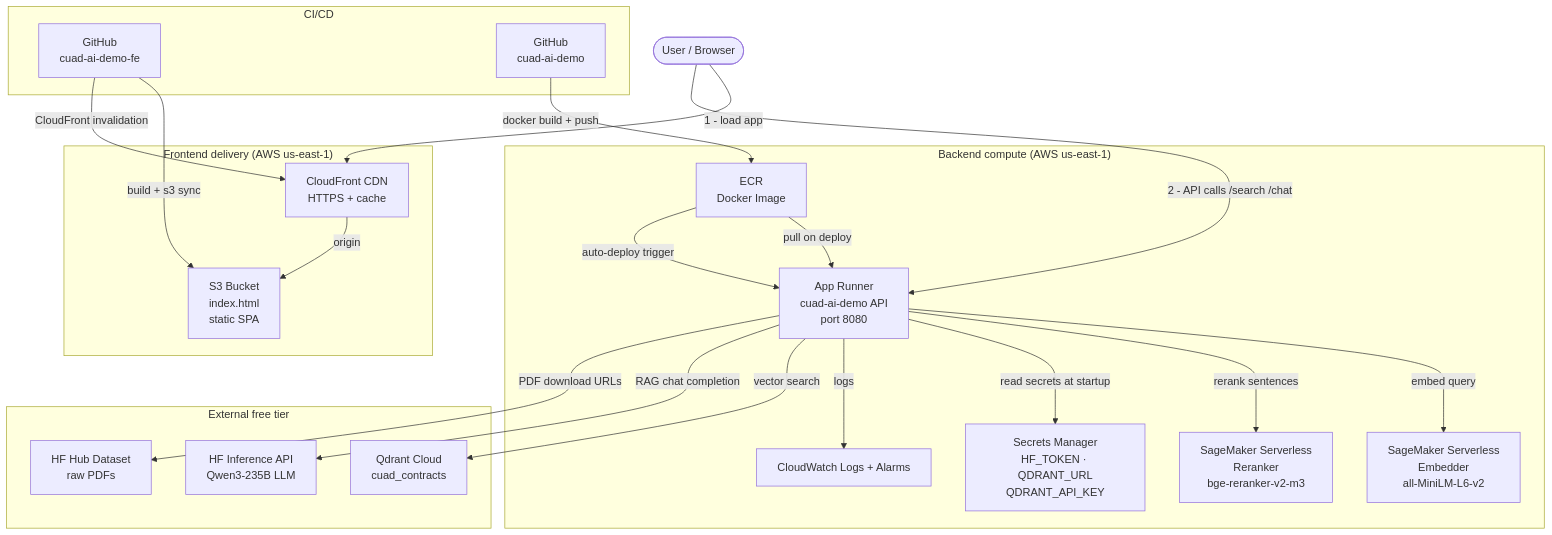
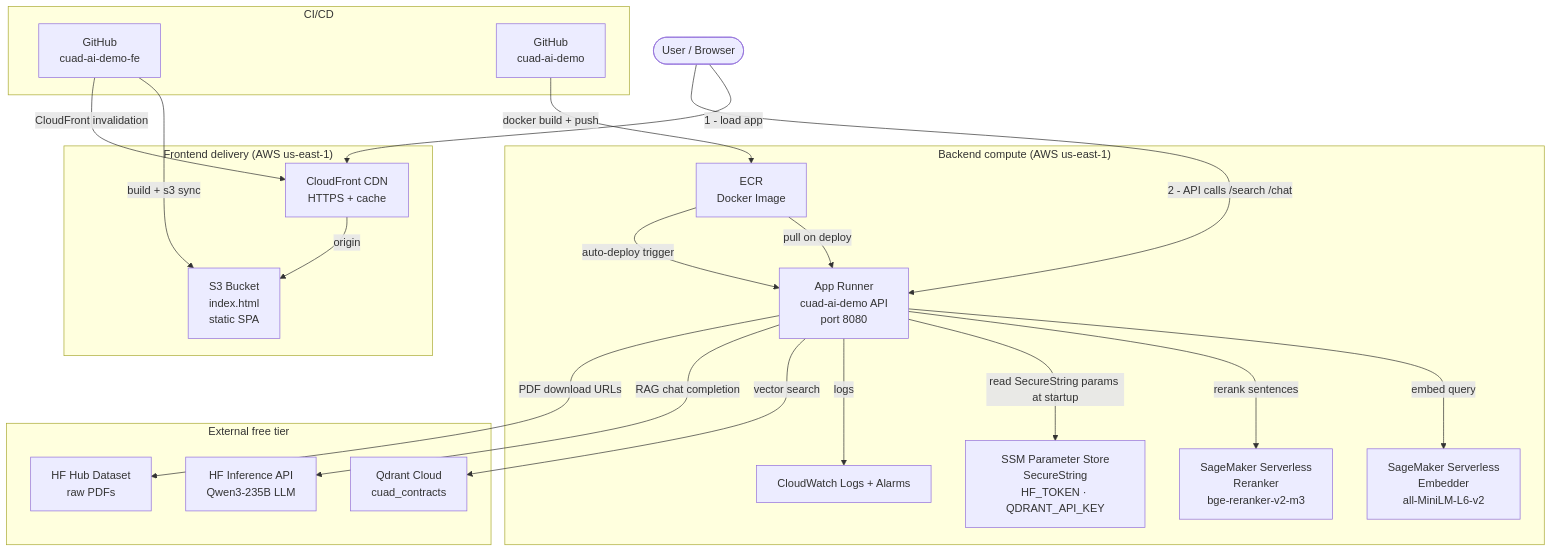
One commit to duaridhi/open_search_tuning changed the diagram in readme_docs/AWS_DEPLOYMENT_PLAN.md. Above: the diagram before and after it, drawn with Mermaid. The commit also changed other lines of this file and 1 other file, not shown here.

First line of the commit message:
Add test-runner agent + switch deployment plan to SSM Parameter Store

````diff
--- a/readme_docs/AWS_DEPLOYMENT_PLAN.md
+++ b/readme_docs/AWS_DEPLOYMENT_PLAN.md
@@ -11,43 +11,43 @@
 ```mermaid
 graph TD
     User([User / Browser])
 
     subgraph "Frontend delivery (AWS us-east-1)"
         CF[CloudFront CDN\nHTTPS + cache]
         S3[S3 Bucket\nindex.html\nstatic SPA]
         CF -->|origin| S3
     end
 
     subgraph "Backend compute (AWS us-east-1)"
         AR[App Runner\ncuad-ai-demo API\nport 8080]
         SM_E[SageMaker Serverless\nEmbedder\nall-MiniLM-L6-v2]
         SM_R[SageMaker Serverless\nReranker\nbge-reranker-v2-m3]
-        SEC[Secrets Manager\nHF_TOKEN · QDRANT_URL\nQDRANT_API_KEY]
+        SEC[SSM Parameter Store\nSecureString\nHF_TOKEN · QDRANT_API_KEY]
         CW[CloudWatch Logs + Alarms]
         ECR[ECR\nDocker Image]
         ECR -->|pull on deploy| AR
         AR -->|embed query| SM_E
         AR -->|rerank sentences| SM_R
-        AR -->|read secrets at startup| SEC
+        AR -->|read SecureString params at startup| SEC
         AR -->|logs| CW
     end
 
     subgraph "External free tier"
         QD[Qdrant Cloud\ncuad_contracts]
         HF_INF[HF Inference API\nQwen3-235B LLM]
         HF_HUB[HF Hub Dataset\nraw PDFs]
     end
 
     subgraph "CI/CD"
         GH_FE[GitHub\ncuad-ai-demo-fe] -->|build + s3 sync| S3
         GH_FE -->|CloudFront invalidation| CF
         GH_BE[GitHub\ncuad-ai-demo] -->|docker build + push| ECR
         ECR -->|auto-deploy trigger| AR
     end
 
     User -->|1 - load app| CF
     User -->|2 - API calls /search /chat| AR
     AR -->|vector search| QD
     AR -->|RAG chat completion| HF_INF
     AR -->|PDF download URLs| HF_HUB
 ```
````
